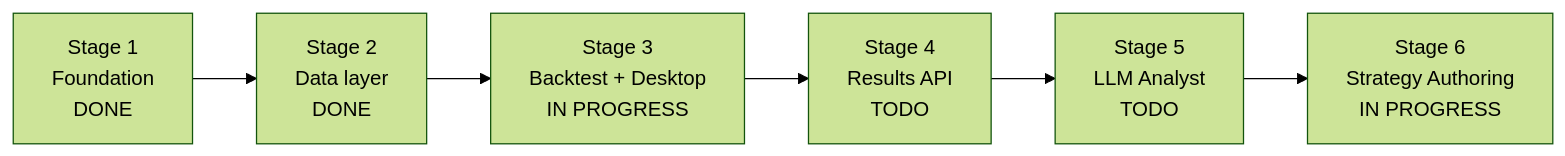
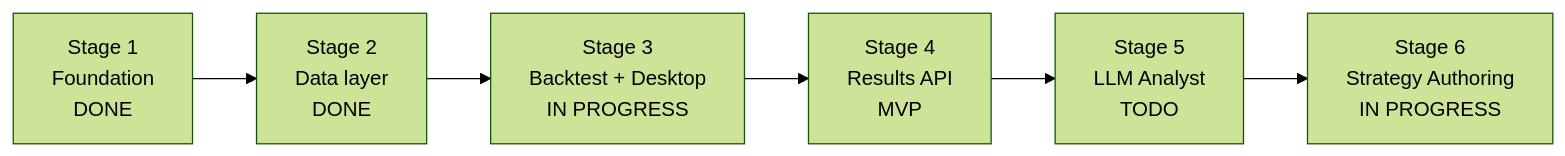
Before and after one commit to Algorhythm-LLC/Algorhythm: the fourth of 4 diagrams in docs/project-spec.md, drawn with Mermaid (forest theme). The commit also changed other lines of this file and 4 other files, not shown here.

First line of the commit message:
docs: align project-spec registry and roadmap; add Canvas status hub

````diff
--- a/docs/project-spec.md
+++ b/docs/project-spec.md
@@ -201,11 +202,11 @@
 ```mermaid
 flowchart LR
   s1[Stage 1<br/>Foundation<br/>DONE]
   s2[Stage 2<br/>Data layer<br/>DONE]
   s3[Stage 3<br/>Backtest + Desktop<br/>IN PROGRESS]
-  s4[Stage 4<br/>Results API<br/>TODO]
+  s4[Stage 4<br/>Results API<br/>MVP]
   s5[Stage 5<br/>LLM Analyst<br/>TODO]
   s6[Stage 6<br/>Strategy Authoring<br/>IN PROGRESS]
 
   s1 --> s2 --> s3 --> s4 --> s5 --> s6
 ```
````
